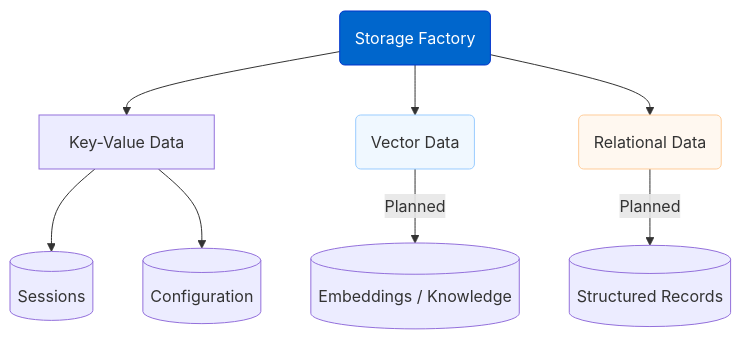
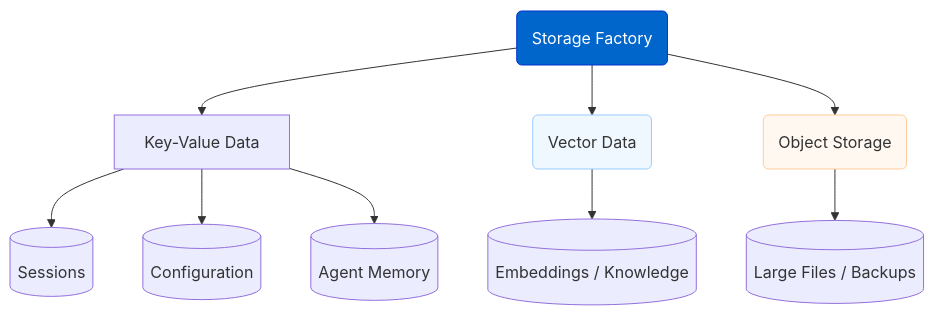
One commit to AgentDock/AgentDock changed the second of 2 diagrams in docs/roadmap/storage-abstraction.md. Above: the diagram before and after it, drawn with Mermaid. The commit also changed other lines of this file and 103 other files, not shown here.

````diff
--- a/docs/roadmap/storage-abstraction.md
+++ b/docs/roadmap/storage-abstraction.md
@@ -50,16 +56,17 @@
 ```mermaid
 graph TD
     A(Storage Factory) --> KV[Key-Value Data]
     A --> VEC(Vector Data)
-    A --> REL(Relational Data)
+    A --> OBJ(Object Storage)
 
     KV --> KVSess[(Sessions)]
     KV --> KVConf[(Configuration)]
+    KV --> KVMem[(Agent Memory)]
     
-    VEC -- Planned --> VECEmb[(Embeddings / Knowledge)]
-    REL -- Planned --> RELStruct[(Structured Records)]
+    VEC --> VECEmb[(Embeddings / Knowledge)]
+    OBJ --> OBJFiles[(Large Files / Backups)]
 
     style A fill:#0066cc,color:#ffffff,stroke:#0033cc
     style VEC fill:#f0f8ff,stroke:#99ccff
-    style REL fill:#fff8f0,stroke:#ffcc99
+    style OBJ fill:#fff8f0,stroke:#ffcc99
 ```
````
